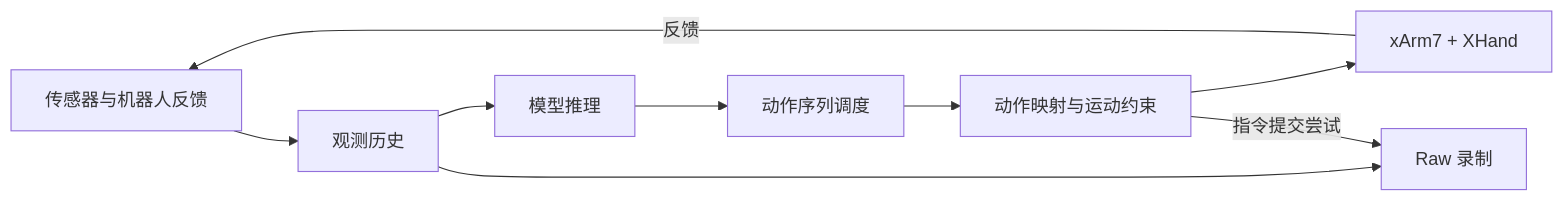
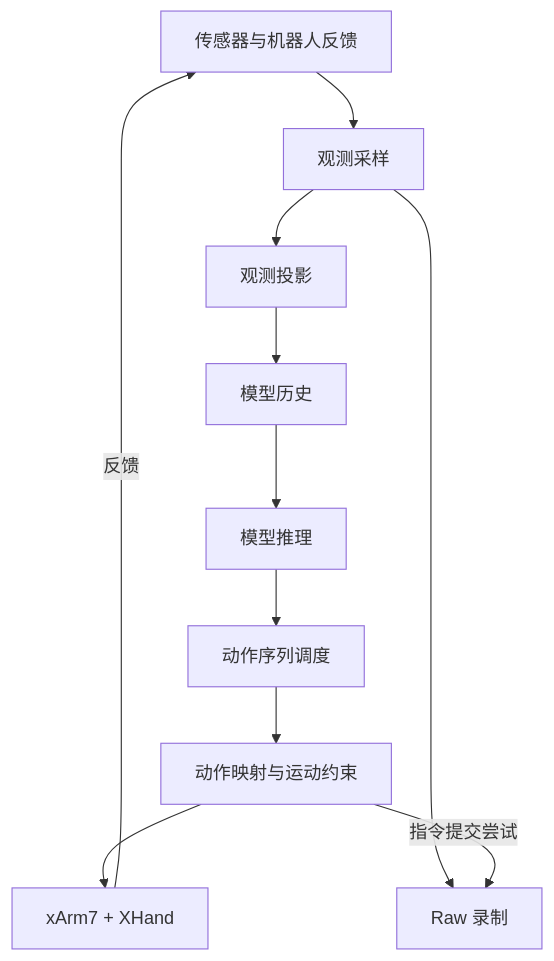
Before and after one commit to haoyangzhanglab/dexmani_real: the diagram in docs/policy_deployment.md, drawn with Mermaid. The commit also changed other lines of this file and 14 other files, not shown here.

Commit message:
Simplify policy observation routing and Raw recording

````diff
--- a/docs/policy_deployment.md
+++ b/docs/policy_deployment.md
@@ -9,11 +9,13 @@
 ```mermaid
-flowchart LR
-    sensors[传感器与机器人反馈] --> observation[观测历史]
-    observation --> inference[模型推理]
+flowchart TB
+    sensors[传感器与机器人反馈] --> observation[观测采样]
+    observation --> projection[观测投影]
+    observation --> raw[Raw 录制]
+    projection --> history[模型历史]
+    history --> inference[模型推理]
     inference --> schedule[动作序列调度]
     schedule --> control[动作映射与运动约束]
     control --> robot[xArm7 + XHand]
     robot -->|反馈| sensors
-    observation --> raw[Raw 录制]
     control -->|指令提交尝试| raw
 ```
````
